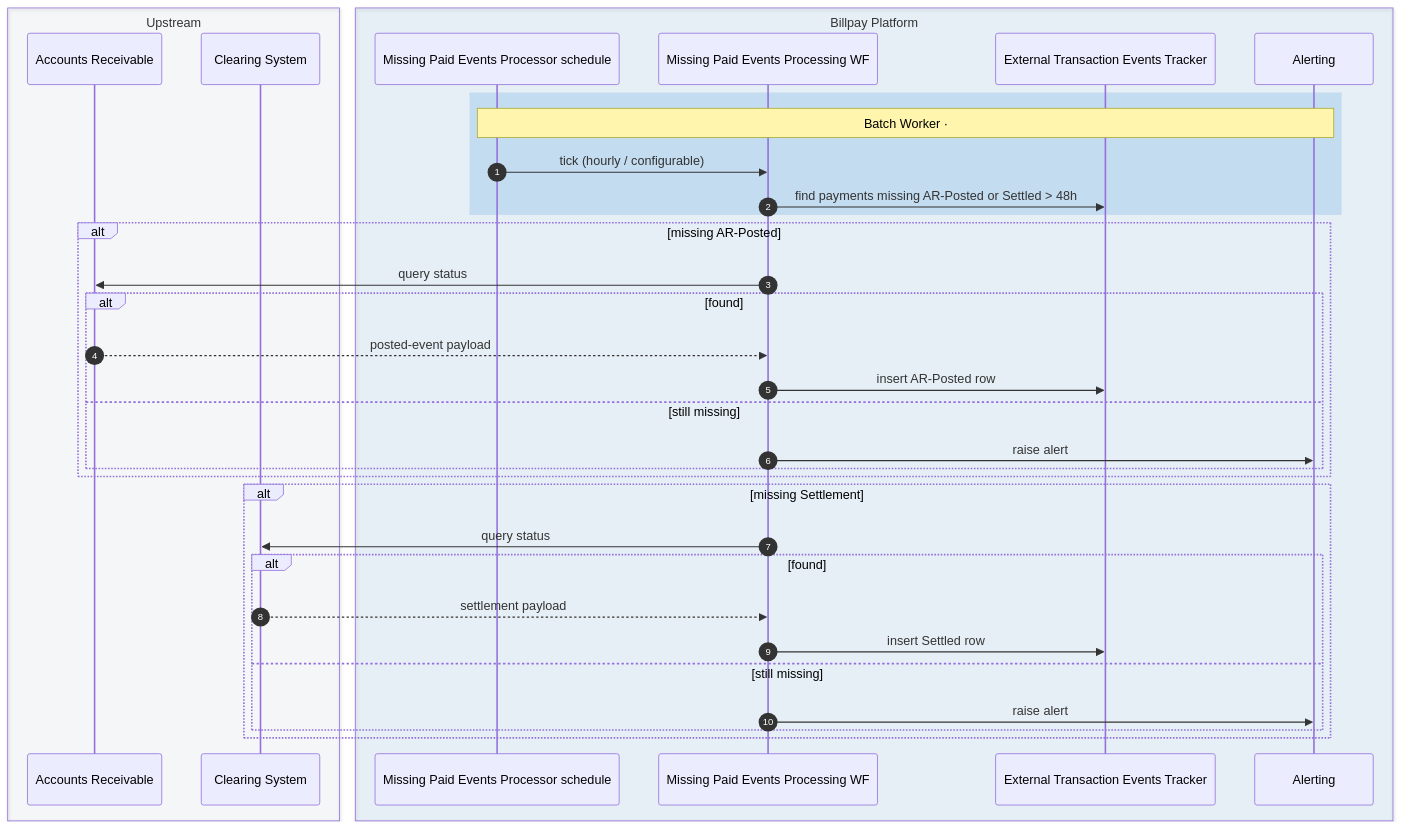
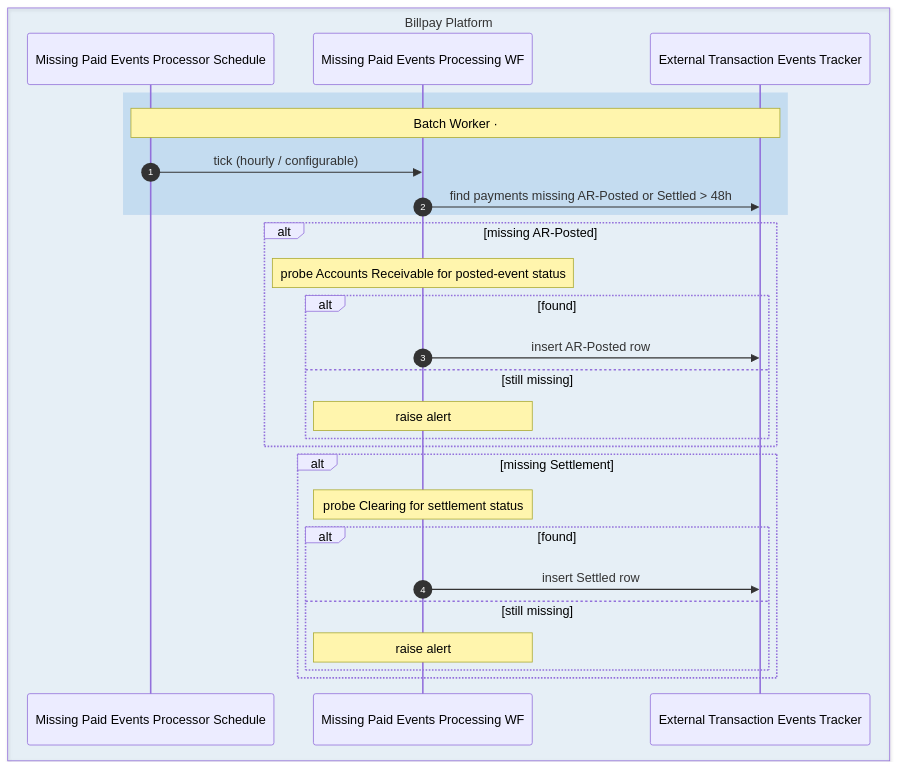
Before and after one commit to arunav-bhattacharya/billpay-docs: the ninth of 10 diagrams in docs/diagrams/sequence-diagrams.md, drawn with Mermaid. The commit also changed other lines of this file and 2 other files, not shown here.

First line of the commit message:
Use specific Payment Service names as sequence-diagram actors

````diff
--- a/docs/diagrams/sequence-diagrams.md
+++ b/docs/diagrams/sequence-diagrams.md
@@ -491,41 +481,33 @@
 ```mermaid
 sequenceDiagram
   autonumber
 
-  box rgba(148,163,184,0.06) Upstream
-    participant AR as Accounts Receivable
-    participant CL as Clearing System
-  end
-
   box rgba(0,111,207,0.08) Billpay Platform
-    participant SCH as Missing Paid Events Processor schedule
+    participant SCH as Missing Paid Events Processor Schedule
     participant MPE as Missing Paid Events Processing WF
     participant TRK as External Transaction Events Tracker
-    participant ALERT as Alerting
   end
 
   rect rgba(0,111,207,0.15)
-    Note over SCH,ALERT: Batch Worker · #MissingPaidEventsProcessingWF — hourly probe for AR-Posted or Settled events missing &gt; 48h
+    Note over SCH,TRK: Batch Worker · #MissingPaidEventsProcessingWF — hourly probe for AR-Posted or Settled events missing &gt; 48h
     SCH->>MPE: tick (hourly / configurable)
     MPE->>TRK: find payments missing AR-Posted or Settled > 48h
   end
 
   alt missing AR-Posted
-    MPE->>AR: query status
+    Note over MPE: probe Accounts Receivable for posted-event status
     alt found
-      AR-->>MPE: posted-event payload
       MPE->>TRK: insert AR-Posted row
     else still missing
-      MPE->>ALERT: raise alert
+      Note over MPE: raise alert
     end
   end
   alt missing Settlement
-    MPE->>CL: query status
+    Note over MPE: probe Clearing for settlement status
     alt found
-      CL-->>MPE: settlement payload
       MPE->>TRK: insert Settled row
     else still missing
-      MPE->>ALERT: raise alert
+      Note over MPE: raise alert
     end
   end
 ```
````
